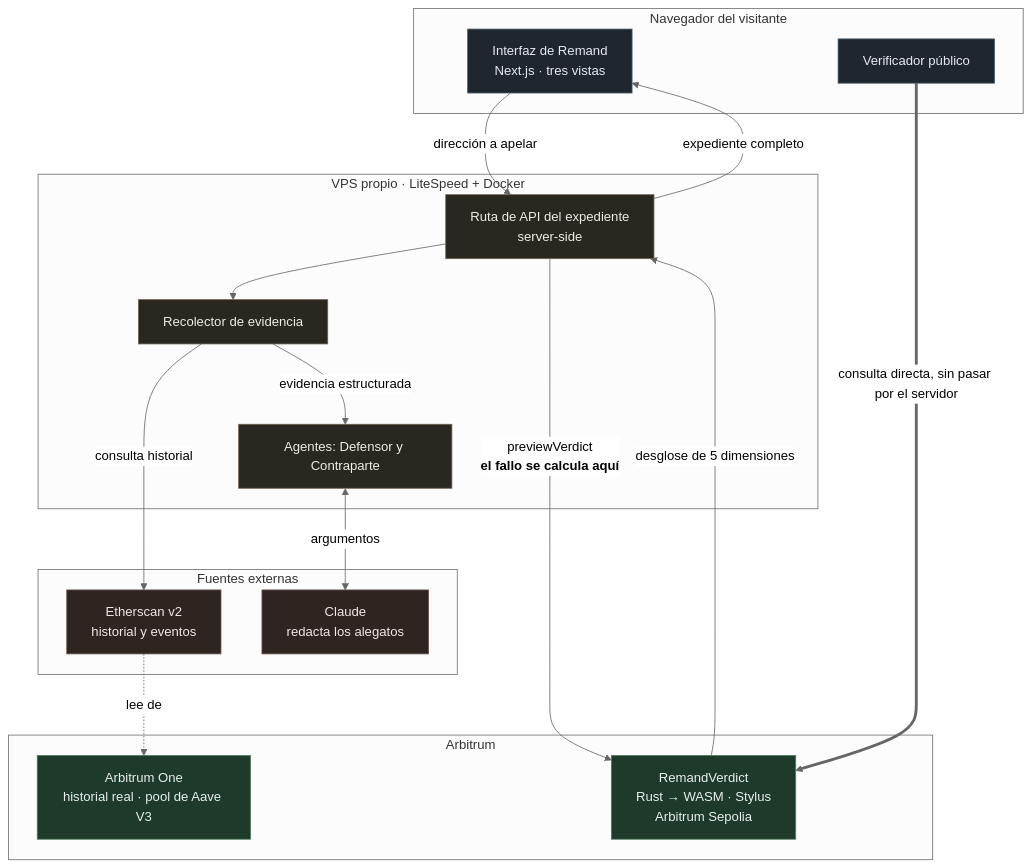
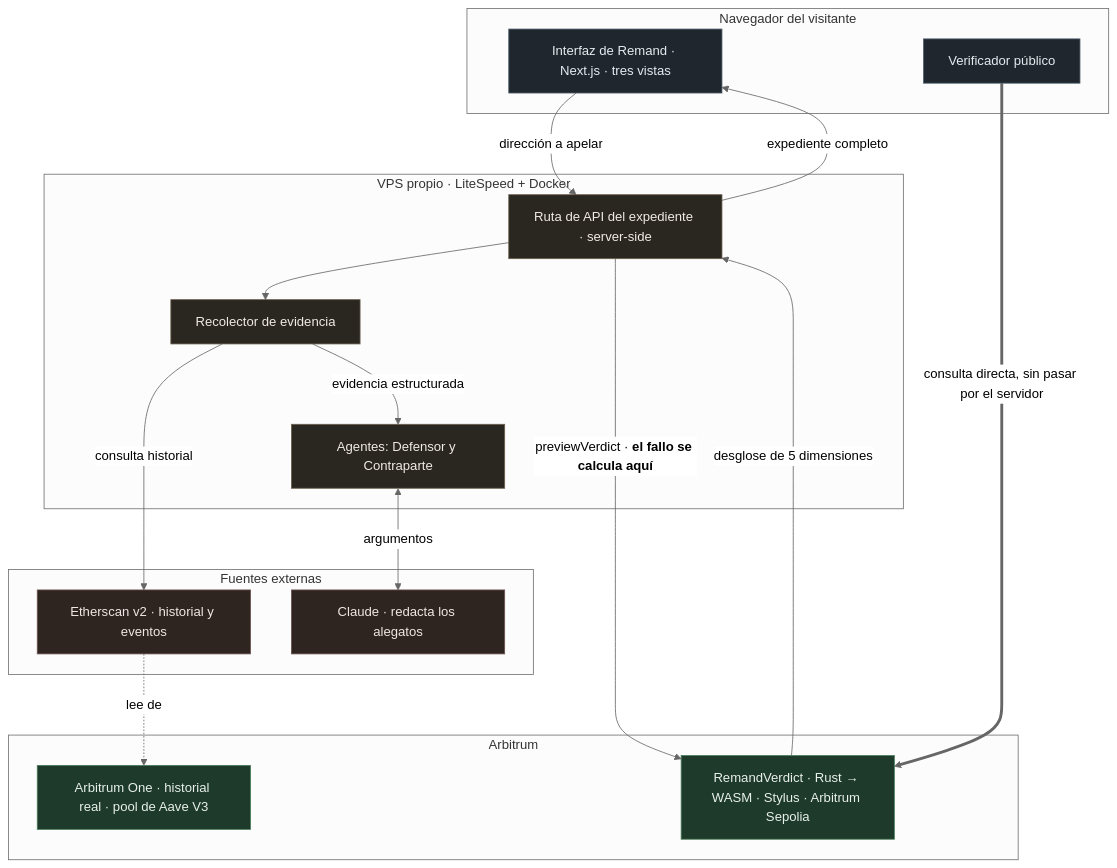
The first of 5 diagrams in docs/ARCHITECTURE.md (kasbsquall/remand), drawn with Mermaid (neutral theme) before and after one commit. The commit also changed other lines of this file, not shown here.

First line of the commit message:
fix(docs): etiquetas de Mermaid en una sola linea

````diff
--- a/docs/ARCHITECTURE.md
+++ b/docs/ARCHITECTURE.md
@@ -15,44 +15,44 @@
 ```mermaid
 flowchart TB
     subgraph nav["Navegador del visitante"]
-        UI["Interfaz de Remand<br>Next.js · tres vistas"]
+        UI["Interfaz de Remand · Next.js · tres vistas"]
         VER["Verificador público"]
     end
 
     subgraph vps["VPS propio · LiteSpeed + Docker"]
-        API["Ruta de API del expediente<br>server-side"]
+        API["Ruta de API del expediente · server-side"]
         COL["Recolector de evidencia"]
         AG["Agentes: Defensor y Contraparte"]
     end
 
     subgraph ext["Fuentes externas"]
-        IDX["Etherscan v2<br>historial y eventos"]
-        LLM["Claude<br>redacta los alegatos"]
+        IDX["Etherscan v2 · historial y eventos"]
+        LLM["Claude · redacta los alegatos"]
     end
 
     subgraph arb["Arbitrum"]
-        SEP["RemandVerdict<br>Rust → WASM · Stylus<br>Arbitrum Sepolia"]
-        ONE["Arbitrum One<br>historial real · pool de Aave V3"]
+        SEP["RemandVerdict · Rust → WASM · Stylus · Arbitrum Sepolia"]
+        ONE["Arbitrum One · historial real · pool de Aave V3"]
     end
 
     UI -->|"dirección a apelar"| API
     API --> COL
     COL -->|"consulta historial"| IDX
     IDX -.->|"lee de"| ONE
     COL -->|"evidencia estructurada"| AG
     AG <-->|"argumentos"| LLM
-    API -->|"previewVerdict<br><b>el fallo se calcula aquí</b>"| SEP
+    API -->|"previewVerdict · <b>el fallo se calcula aquí</b>"| SEP
     SEP -->|"desglose de 5 dimensiones"| API
     API -->|"expediente completo"| UI
 
     VER ==>|"consulta directa, sin pasar por el servidor"| SEP
 
     classDef chain fill:#1d3a2a,stroke:#4a7c59,color:#e8f0ea
     classDef server fill:#2a2620,stroke:#6b5f4d,color:#f0ebe4
     classDef client fill:#20262e,stroke:#4d5f6b,color:#e4ebf0
     classDef external fill:#2e2420,stroke:#6b524d,color:#f0e7e4
     class SEP,ONE chain
     class API,COL,AG server
     class UI,VER client
     class IDX,LLM external
 ```
````
